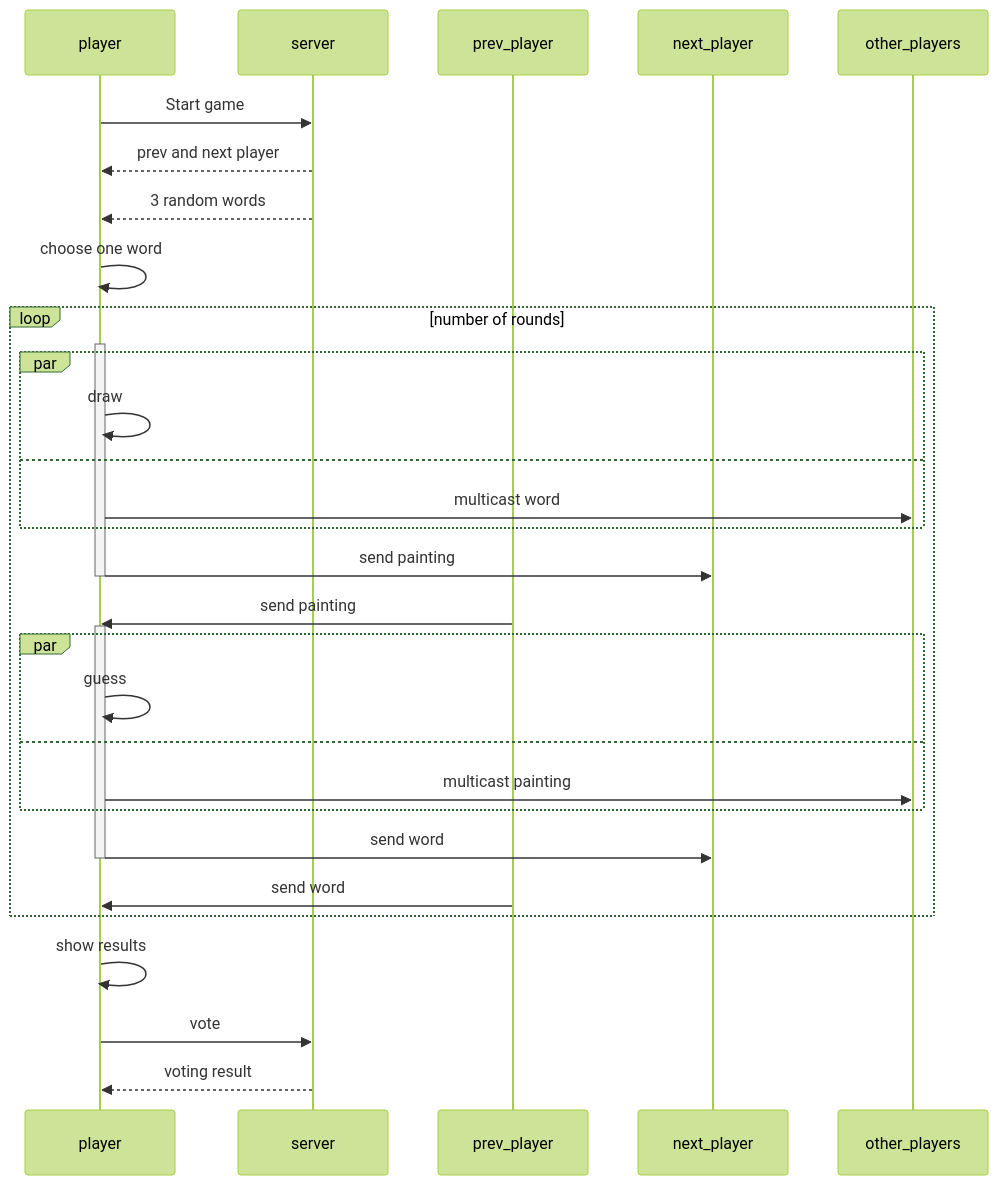
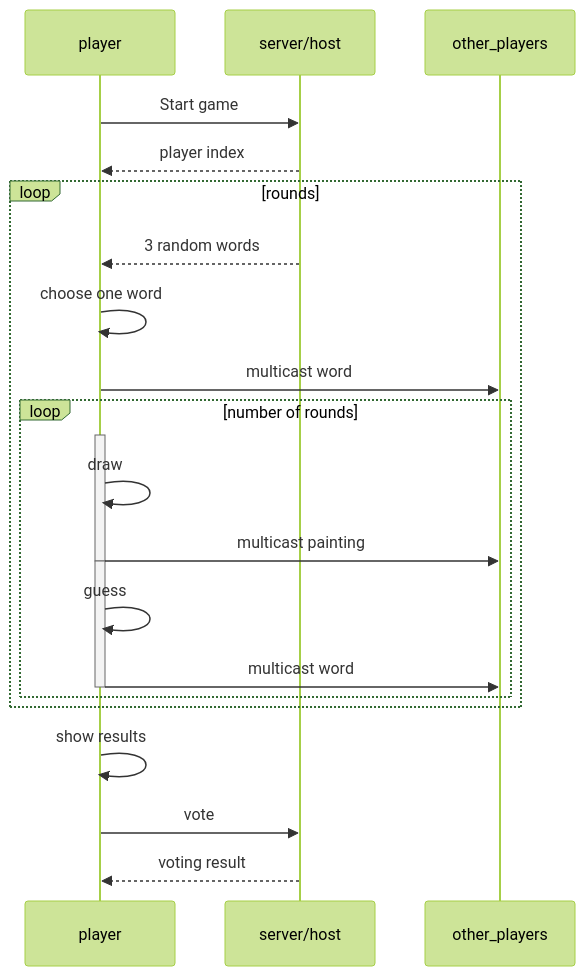
The second of 2 diagrams in Draw&Guess.md (zzhcai/DrawandGuess), drawn with Mermaid (forest theme) before and after one commit. The commit also changed other lines of this file, not shown here.

Commit message:
Update diagrams

````diff
--- a/Draw&Guess.md
+++ b/Draw&Guess.md
@@ -32,35 +36,27 @@
 ```mermaid
 sequenceDiagram
 	participant player
-	participant server
-	participant prev_player
-	participant next_player
+	participant server/host
 	participant other_players
 	
-	player ->> server: Start game
-	server -->> player: prev and next player
-	server -->> player: 3 random words
-	player ->> player: choose one word
-	loop number of rounds
-	activate player
-		par
-		player ->> player: draw
-		and
-		player ->> other_players: multicast word
-		end
-		player ->> -next_player: send painting
-		prev_player ->> player: send painting
-		activate player
-		par
-		player ->> player: guess
-		and
-		player ->> other_players: multicast painting
-		end
-		player ->> -next_player: send word
-		prev_player ->> player: send word
+	player ->> server/host: Start game
+	server/host -->> player: player index
+	loop rounds
+    server/host -->> player: 3 random words
+    player ->> player: choose one word
+    player ->> other_players: multicast word
+    loop number of rounds
+      activate player
+      player ->> player: draw
+      player ->> -other_players: multicast painting
+
+      activate player
+      player ->> player: guess
+      player ->> -other_players: multicast word
+    end
 	end
 	player ->> player: show results
-	player ->> server: vote
-	server -->> player: voting result
+	player ->> server/host: vote
+	server/host -->> player: voting result
 	
 ```
````
